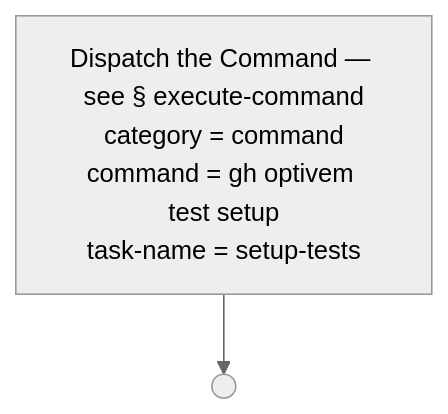
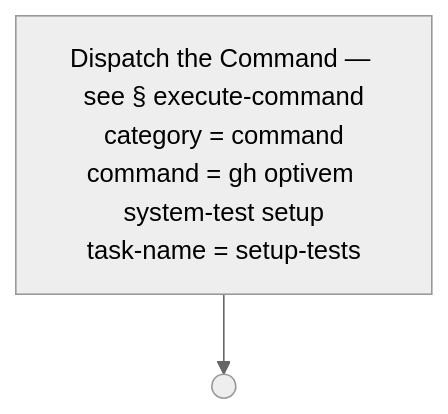
Before and after one commit to optivem/gh-optivem: the fourth of 11 diagrams in docs/process-diagram-expanded.md, drawn with Mermaid (neutral theme). The commit also changed other lines of this file and 4 other files, not shown here.

Commit message:
atdd: regenerate process-flow diagram

````diff
--- a/docs/process-diagram-expanded.md
+++ b/docs/process-diagram-expanded.md
@@ -97,7 +97,7 @@
 ```mermaid
 flowchart TD
-    EXECUTE_COMMAND["Dispatch the Command — see § execute-command<br/>category = command<br/>command = gh optivem test setup<br/>task-name = setup-tests"]
+    EXECUTE_COMMAND["Dispatch the Command — see § execute-command<br/>category = command<br/>command = gh optivem system-test setup<br/>task-name = setup-tests"]
     SETUP_TESTS_END(( ))
 
     EXECUTE_COMMAND --> SETUP_TESTS_END
 ```
````
